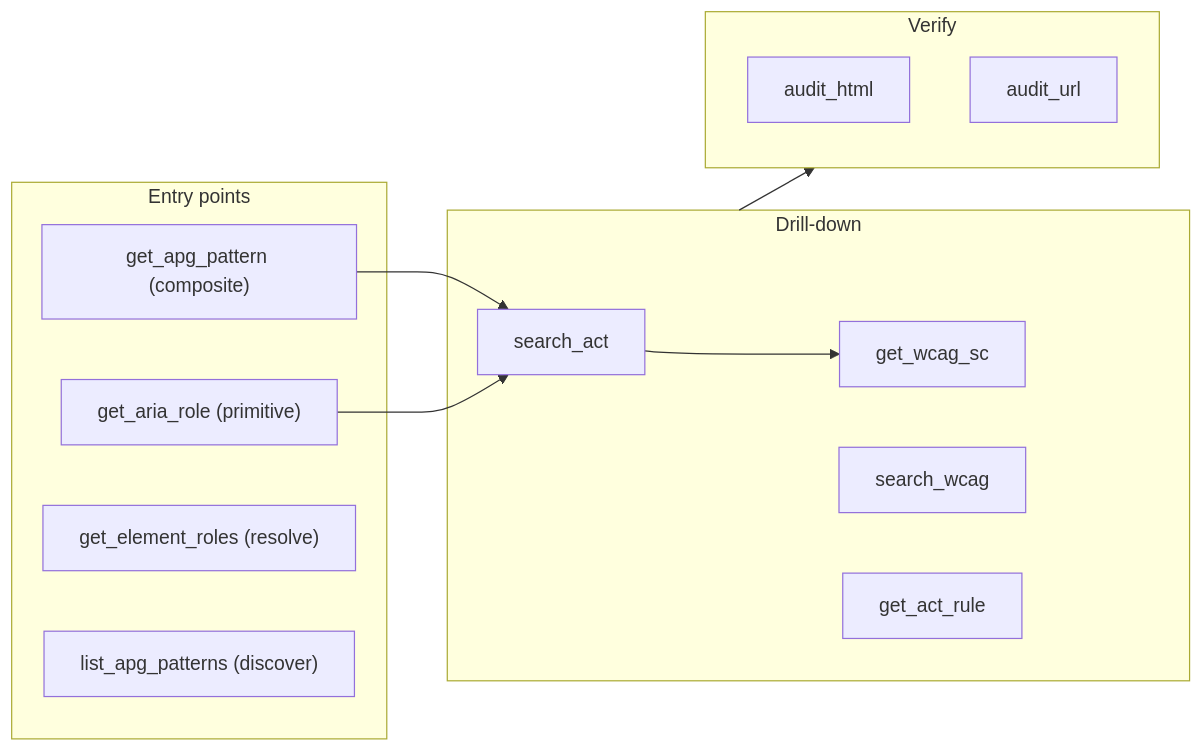
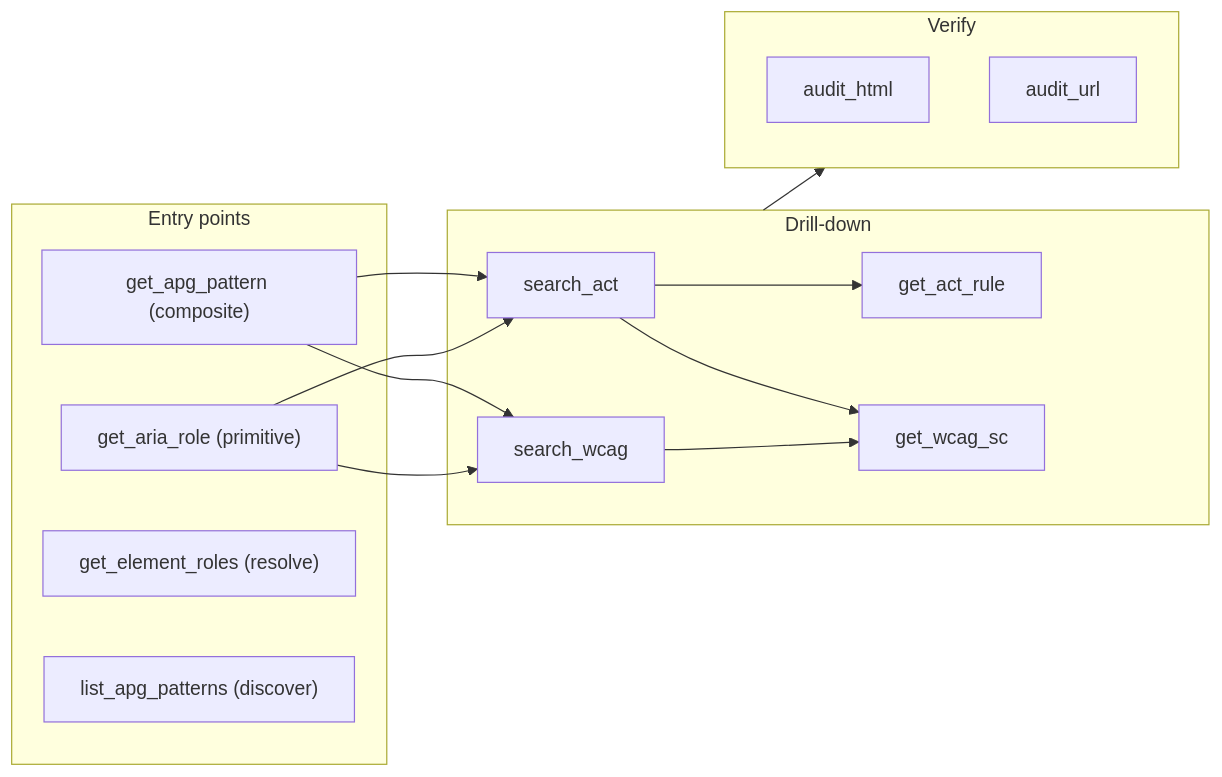
One commit to UN-ICC/a11y-assist changed the diagram in docs/packages/a11y-assist-mcp.md. Above: the diagram before and after it, drawn with Mermaid. The commit also changed other lines of this file and 17 other files, not shown here.

````diff
--- a/docs/packages/a11y-assist-mcp.md
+++ b/docs/packages/a11y-assist-mcp.md
@@ -15,23 +15,27 @@
 ```mermaid
 flowchart LR
   subgraph entry [Entry points]
     E1["get_apg_pattern (composite)"]
     E2["get_aria_role (primitive)"]
     E3["get_element_roles (resolve)"]
     E4["list_apg_patterns (discover)"]
   end
   subgraph drill [Drill-down]
     D1[search_act]
-    D2[get_wcag_sc]
     D3[search_wcag]
     D4[get_act_rule]
+    D2[get_wcag_sc]
   end
   subgraph verify [Verify]
     V1[audit_html]
     V2[audit_url]
   end
   E1 --> D1
+  E1 --> D3
   E2 --> D1
+  E2 --> D3
+  D1 --> D4
   D1 --> D2
+  D3 --> D2
   drill --> verify
 ```
````
